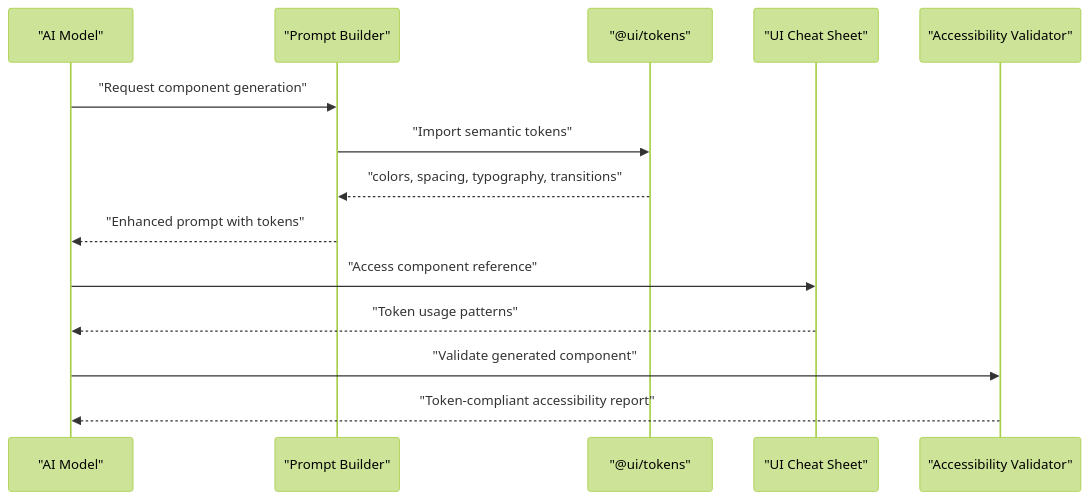
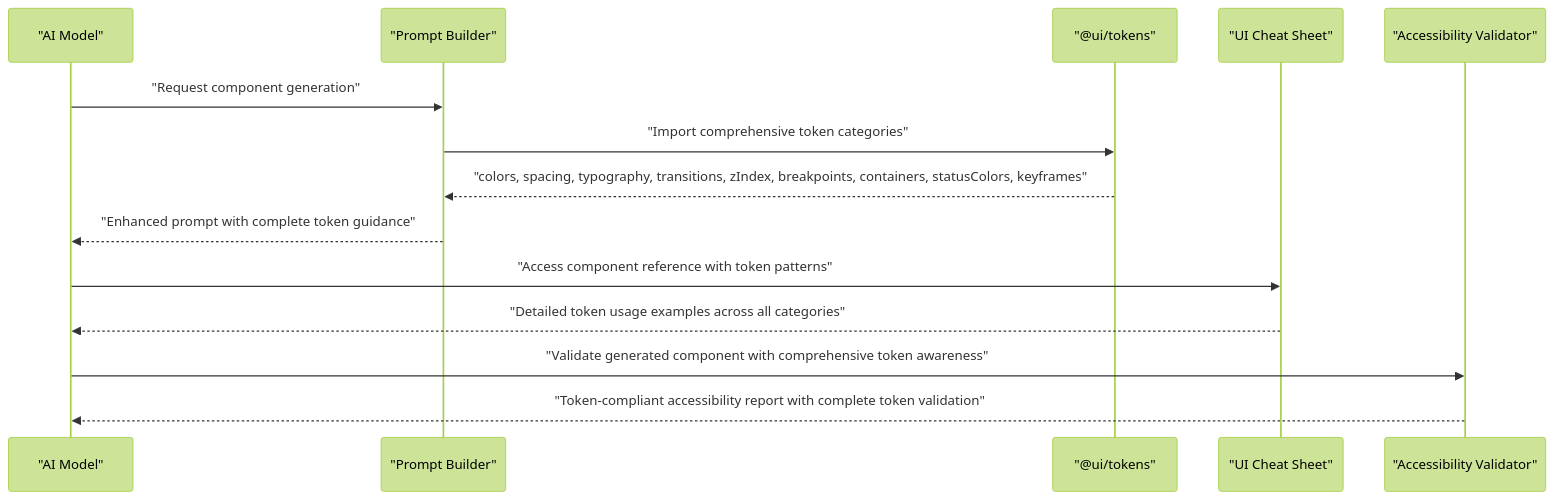
Before and after one commit to shekhargiri005-dotcom/AI-powered-accessibility-first-UI-engine: the sixth of 9 diagrams in .qoder/repowiki/en/content/UI Component System/Design System Integration.md, drawn with Mermaid (forest theme). The commit also changed other lines of this file and 24 other files, not shown here.

````diff
--- a/.qoder/repowiki/en/content/UI Component System/Design System Integration.md
+++ b/.qoder/repowiki/en/content/UI Component System/Design System Integration.md
@@ -540,16 +548,16 @@
 ```mermaid
 sequenceDiagram
 participant AI as "AI Model"
 participant PB as "Prompt Builder"
 participant Tokens as "@ui/tokens"
 participant UCS as "UI Cheat Sheet"
 participant AV as "Accessibility Validator"
 AI->>PB : "Request component generation"
-PB->>Tokens : "Import semantic tokens"
-Tokens-->>PB : "colors, spacing, typography, transitions"
-PB-->>AI : "Enhanced prompt with tokens"
-AI->>UCS : "Access component reference"
-UCS-->>AI : "Token usage patterns"
-AI->>AV : "Validate generated component"
-AV-->>AI : "Token-compliant accessibility report"
+PB->>Tokens : "Import comprehensive token categories"
+Tokens-->>PB : "colors, spacing, typography, transitions, zIndex, breakpoints, containers, statusColors, keyframes"
+PB-->>AI : "Enhanced prompt with complete token guidance"
+AI->>UCS : "Access component reference with token patterns"
+UCS-->>AI : "Detailed token usage examples across all categories"
+AI->>AV : "Validate generated component with comprehensive token awareness"
+AV-->>AI : "Token-compliant accessibility report with complete token validation"
 ```
````
